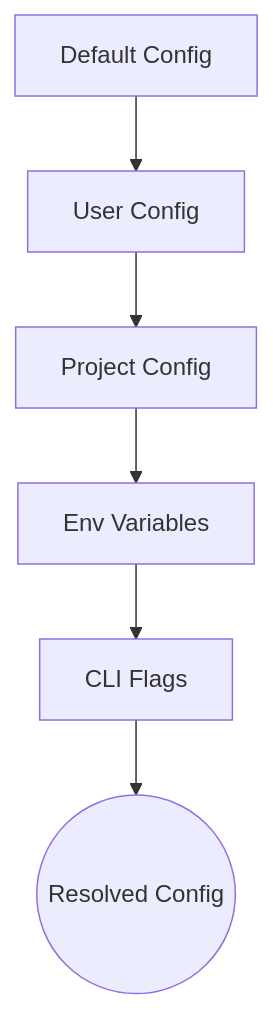
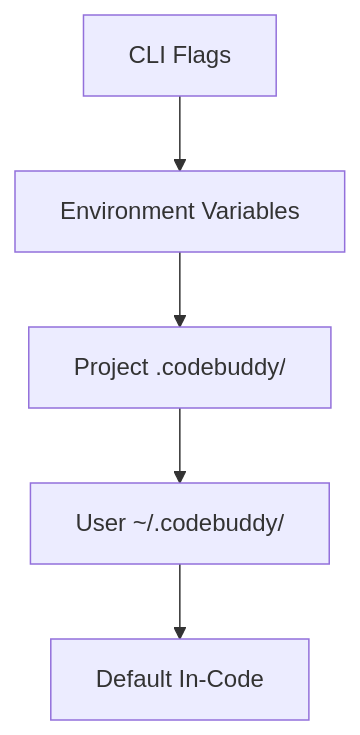
The diagram in .codebuddy/docs/8-configuration.md (Zeeeepa/code-buddy), drawn with Mermaid before and after one commit. The commit also changed other lines of this file and 29 other files, not shown here.

````diff
--- a/.codebuddy/docs/8-configuration.md
+++ b/.codebuddy/docs/8-configuration.md
@@ -9,8 +9,7 @@
 ```mermaid
 graph TD
-    A[Default Config] --> B[User Config]
-    B --> C[Project Config]
-    C --> D[Env Variables]
-    D --> E[CLI Flags]
-    E --> F((Resolved Config))
+    A[CLI Flags] --> B[Environment Variables]
+    B --> C[Project .codebuddy/]
+    C --> D[User ~/.codebuddy/]
+    D --> E[Default In-Code]
 ```
````
